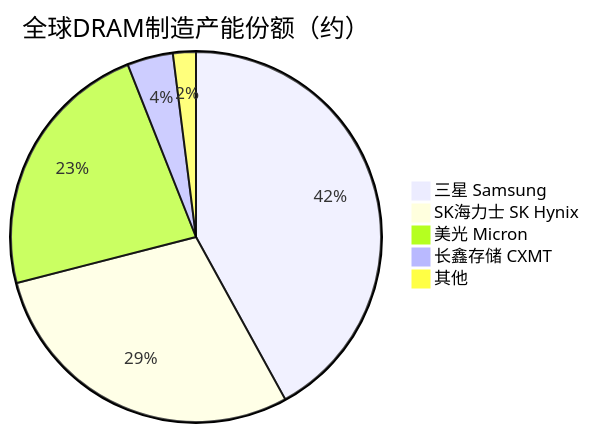
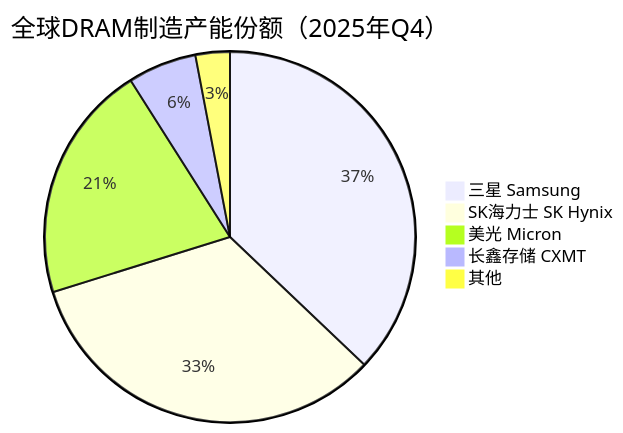
The third of 3 diagrams in 存储产业链/中游/存储芯片制造与代工.md (blueprint1453/industry-insight), drawn with Mermaid before and after one commit. The commit also changed other lines of this file and 78 other files, not shown here.

````diff
--- a/存储产业链/中游/存储芯片制造与代工.md
+++ b/存储产业链/中游/存储芯片制造与代工.md
@@ -100,8 +100,8 @@
 ```mermaid
-pie title 全球DRAM制造产能份额（约）
-    "三星 Samsung" : 42
-    "SK海力士 SK Hynix" : 29
-    "美光 Micron" : 23
-    "长鑫存储 CXMT" : 4
-    "其他" : 2
+pie title 全球DRAM制造产能份额（2025年Q4）
+    "三星 Samsung" : 37.1
+    "SK海力士 SK Hynix" : 33.1
+    "美光 Micron" : 20.8
+    "长鑫存储 CXMT" : 6
+    "其他" : 3
 ```
````
